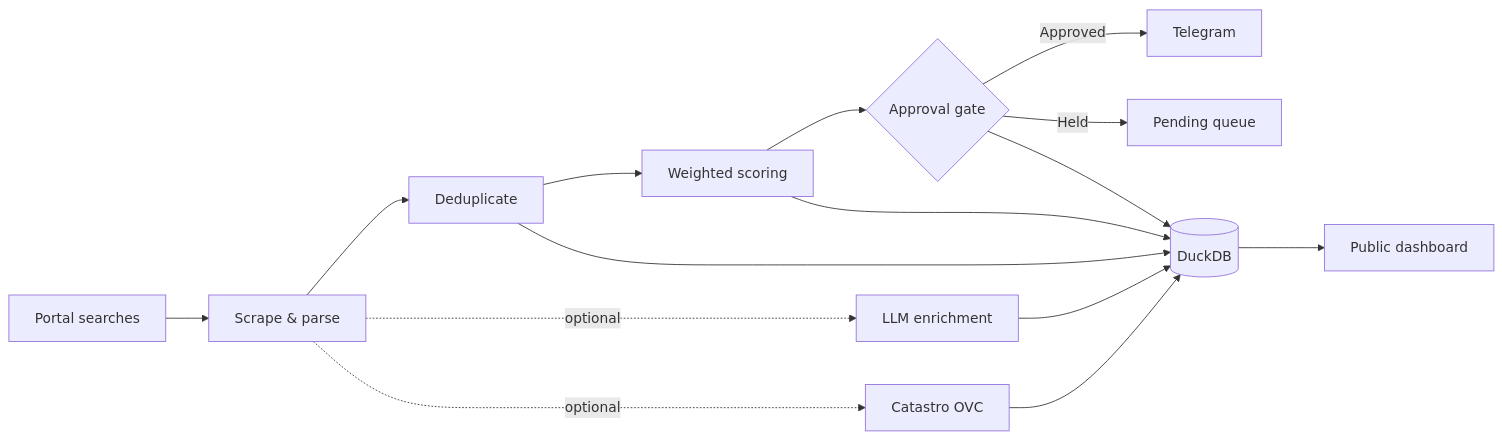
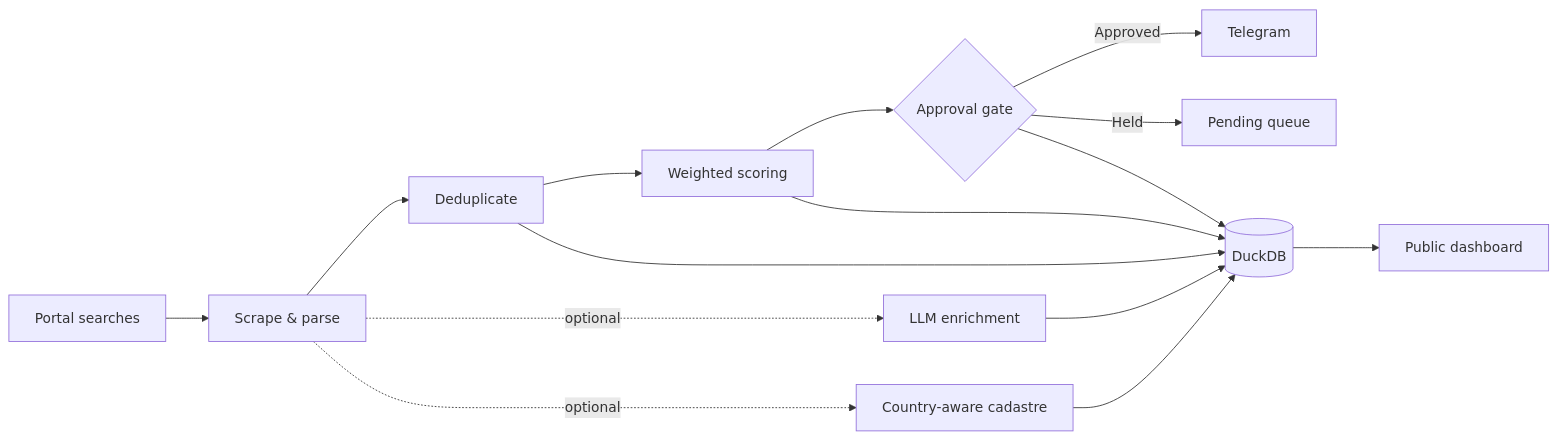
The diagram in README.md (Alexramsal/home-ops), drawn with Mermaid before and after one commit. The commit also changed other lines of this file and 1 other file, not shown here.

````diff
--- a/README.md
+++ b/README.md
@@ -37,19 +37,19 @@
 ```mermaid
 flowchart LR
     A[Portal searches] --> B[Scrape & parse]
     B --> C[Deduplicate]
     C --> D[Weighted scoring]
     D --> E{Approval gate}
     E -->|Approved| F[Telegram]
     E -->|Held| G[Pending queue]
 
     C --> H[(DuckDB)]
     D --> H
     E --> H
     H --> I[Public dashboard]
 
     B -. optional .-> J[LLM enrichment]
-    B -. optional .-> K[Catastro OVC]
+    B -. optional .-> K[Country-aware cadastre]
     J --> H
     K --> H
 ```
````
